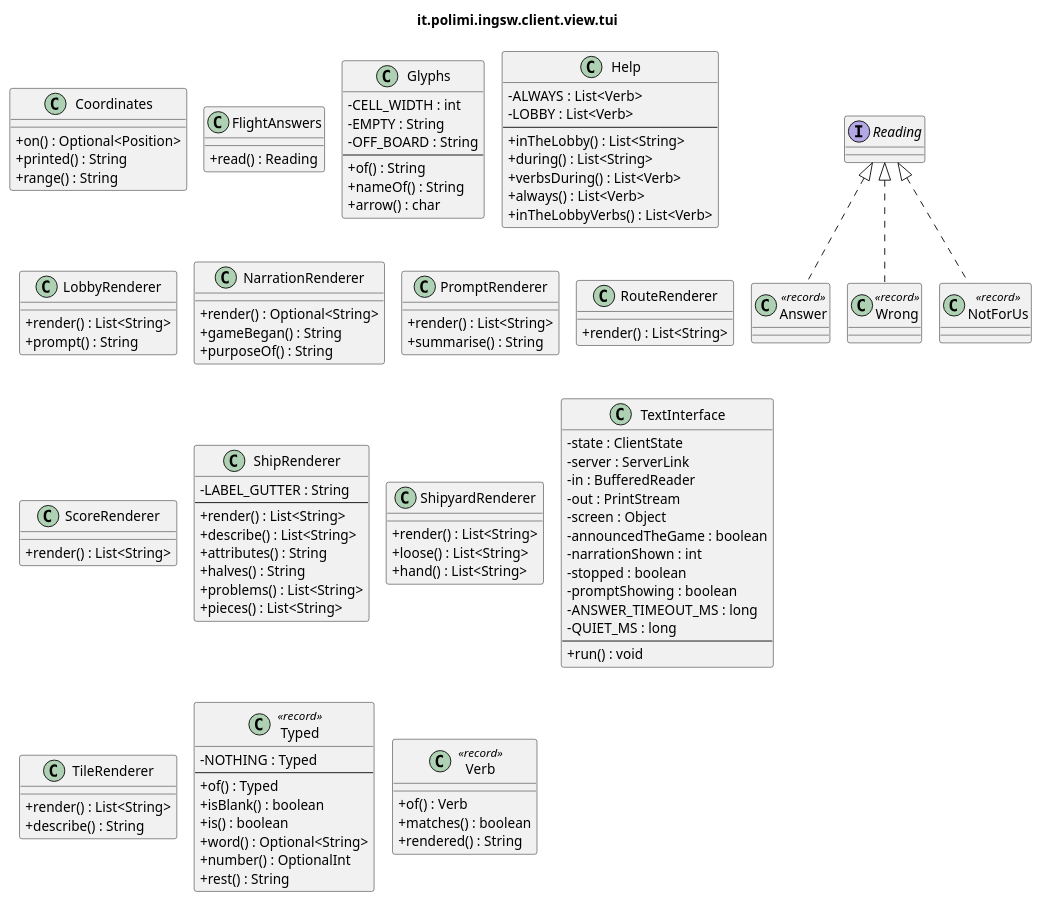
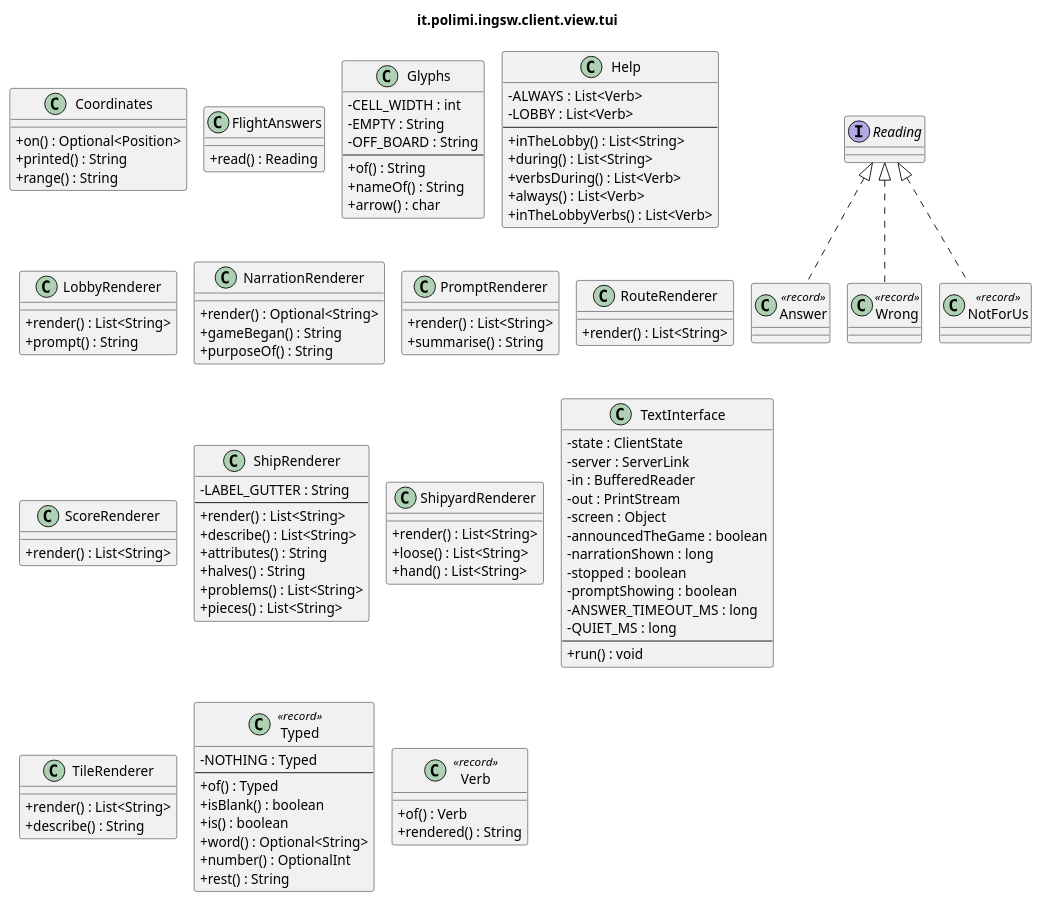
Before and after one commit to samuelesegrini/ing-sw-2025-segrini-terribile-varricchio-zanca: the diagram in docs/uml/detailed/client-view-tui.puml, drawn with PlantUML. The commit also changed 2 other files, not shown here.

Commit message:
docs(uml): regenerate the detailed diagrams
`ClientState` gained a count and a record, `TextInterface`'s cursor changed
type. The lobby diagram was also a milestone behind — `askTheDesk` arrived in
M16 and the generator was never run.

```diff
--- a/docs/uml/detailed/client-view-tui.puml
+++ b/docs/uml/detailed/client-view-tui.puml
@@ -1,115 +1,114 @@
 @startuml it_polimi_ingsw_client_view_tui
 ' Generated by tools/uml/generate-detailed.py. Do not edit by hand.
 !pragma layout smetana
 skinparam shadowing false
 skinparam classAttributeIconSize 0
 title it.polimi.ingsw.client.view.tui
 
 class Coordinates {
   +on() : Optional<Position>
   +printed() : String
   +range() : String
 }
 class FlightAnswers {
   +read() : Reading
 }
 interface Reading {
 }
 class Answer <<record>> {
 }
 class Wrong <<record>> {
 }
 class NotForUs <<record>> {
 }
 class Glyphs {
   -CELL_WIDTH : int
   -EMPTY : String
   -OFF_BOARD : String
   --
   +of() : String
   +nameOf() : String
   +arrow() : char
 }
 class Help {
   -ALWAYS : List<Verb>
   -LOBBY : List<Verb>
   --
   +inTheLobby() : List<String>
   +during() : List<String>
   +verbsDuring() : List<Verb>
   +always() : List<Verb>
   +inTheLobbyVerbs() : List<Verb>
 }
 class LobbyRenderer {
   +render() : List<String>
   +prompt() : String
 }
 class NarrationRenderer {
   +render() : Optional<String>
   +gameBegan() : String
   +purposeOf() : String
 }
 class PromptRenderer {
   +render() : List<String>
   +summarise() : String
 }
 class RouteRenderer {
   +render() : List<String>
 }
 class ScoreRenderer {
   +render() : List<String>
 }
 class ShipRenderer {
   -LABEL_GUTTER : String
   --
   +render() : List<String>
   +describe() : List<String>
   +attributes() : String
   +halves() : String
   +problems() : List<String>
   +pieces() : List<String>
 }
 class ShipyardRenderer {
   +render() : List<String>
   +loose() : List<String>
   +hand() : List<String>
 }
 class TextInterface {
   -state : ClientState
   -server : ServerLink
   -in : BufferedReader
   -out : PrintStream
   -screen : Object
   -announcedTheGame : boolean
-  -narrationShown : int
+  -narrationShown : long
   -stopped : boolean
   -promptShowing : boolean
   -ANSWER_TIMEOUT_MS : long
   -QUIET_MS : long
   --
   +run() : void
 }
 class TileRenderer {
   +render() : List<String>
   +describe() : String
 }
 class Typed <<record>> {
   -NOTHING : Typed
   --
   +of() : Typed
   +isBlank() : boolean
   +is() : boolean
   +word() : Optional<String>
   +number() : OptionalInt
   +rest() : String
 }
 class Verb <<record>> {
   +of() : Verb
-  +matches() : boolean
   +rendered() : String
 }
 
 Reading <|.. Answer
 Reading <|.. Wrong
 Reading <|.. NotForUs
 @enduml
```
